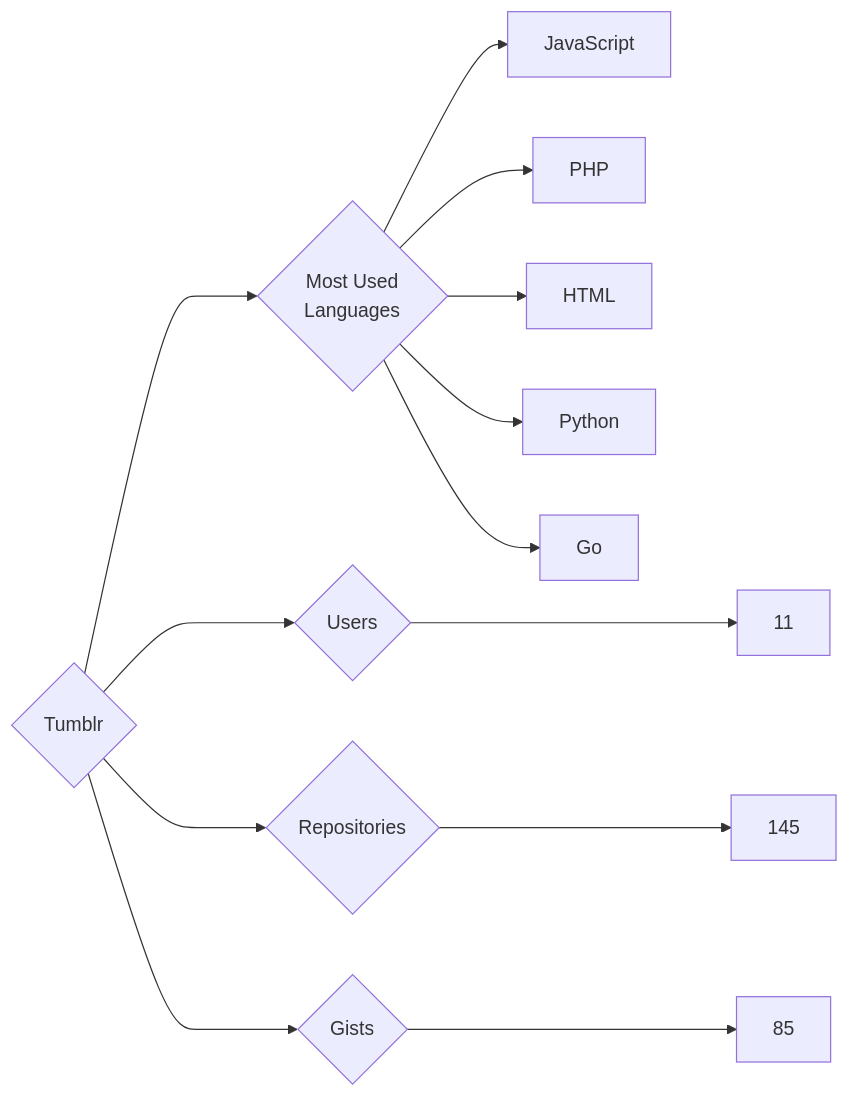
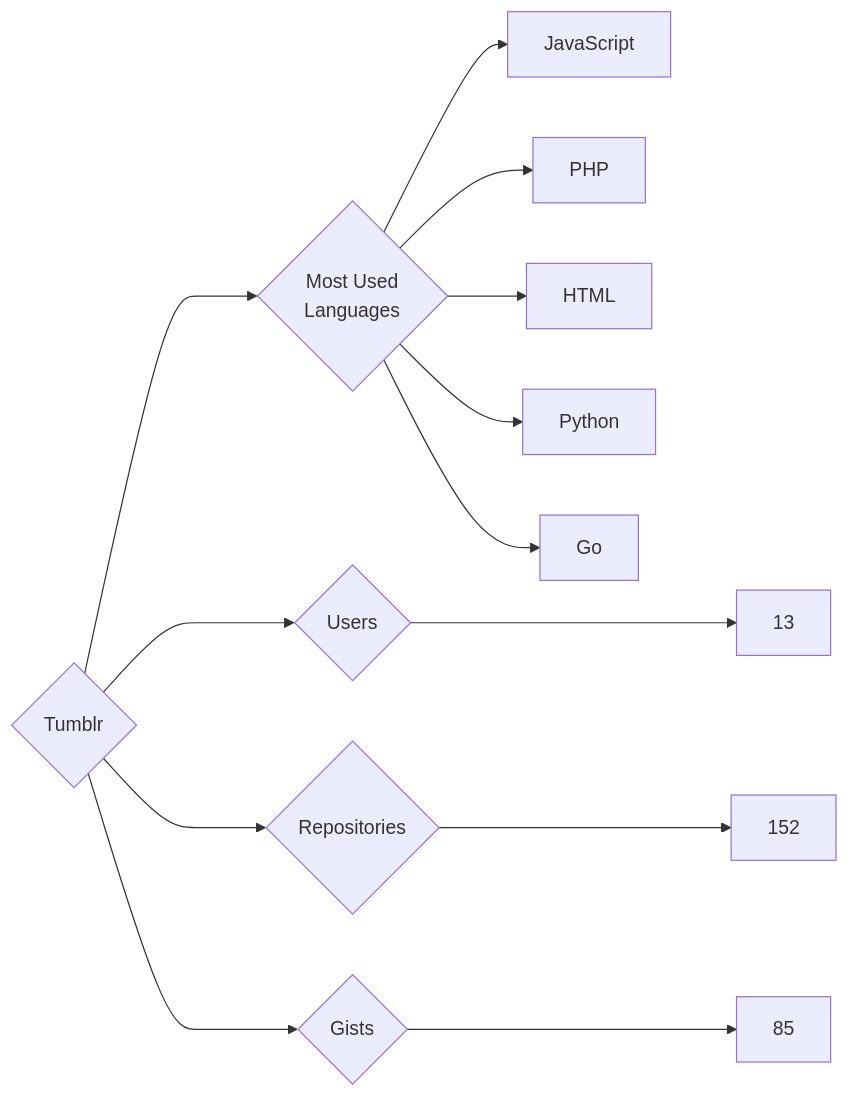
The diagram in targets/Tumblr/README.md (trickest/insiders), drawn with Mermaid before and after one commit. The commit also changed 964 other files, not shown here.

````diff
--- a/targets/Tumblr/README.md
+++ b/targets/Tumblr/README.md
@@ -3,13 +3,13 @@
 ```mermaid
 graph LR
 COMPANY_NAME{Tumblr}
-COMPANY_NAME ---> U{Users} ---> UN[11]
-COMPANY_NAME ---> R{Repositories} ---> RN[145]
+COMPANY_NAME ---> U{Users} ---> UN[13]
+COMPANY_NAME ---> R{Repositories} ---> RN[152]
 COMPANY_NAME ---> G{Gists} ---> GN[85]
 COMPANY_NAME ---> ML{Most Used<br>Languages}
 ML --> JavaScript[JavaScript]
 ML --> PHP[PHP]
 ML --> HTML[HTML]
 ML --> Python[Python]
 ML --> Go[Go]
 ```
````
